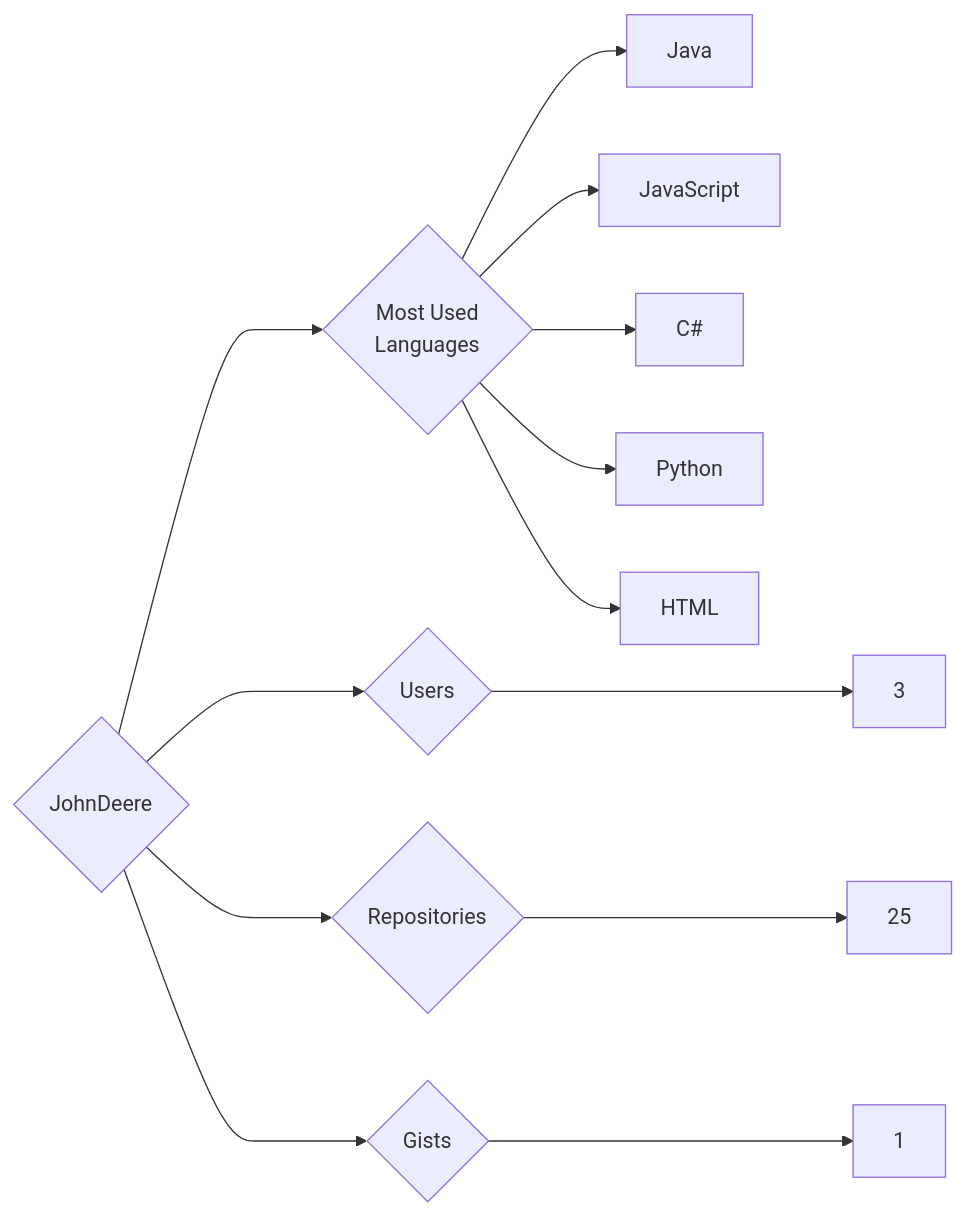
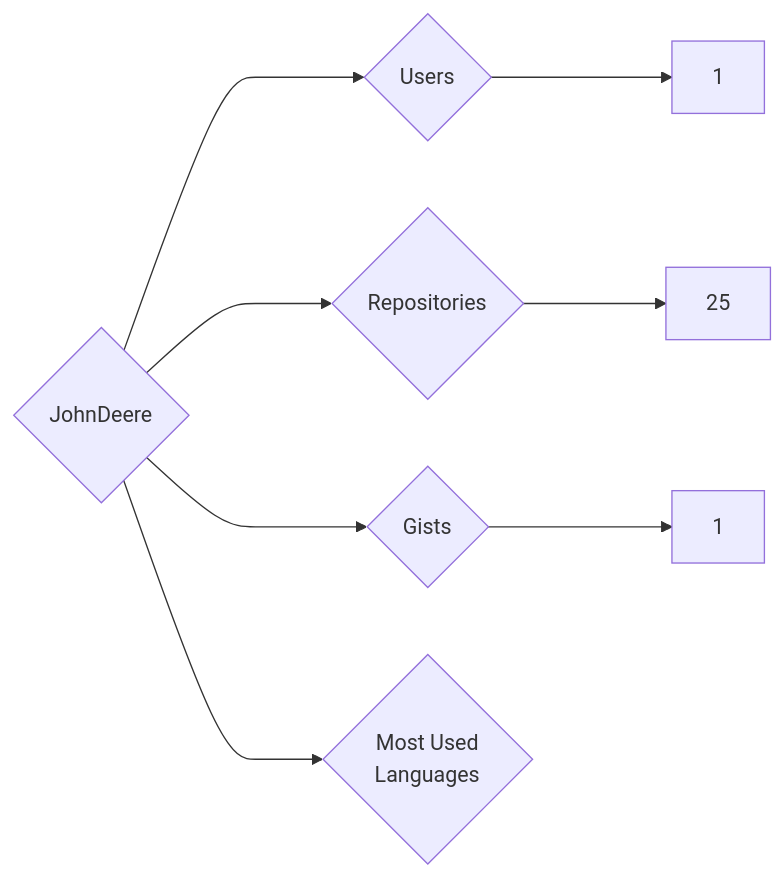
The diagram in targets/JohnDeere/README.md (trickest/insiders), drawn with Mermaid before and after one commit. The commit also changed 951 other files, not shown here.

````diff
--- a/targets/JohnDeere/README.md
+++ b/targets/JohnDeere/README.md
@@ -3,13 +3,8 @@
 ```mermaid
 graph LR
 COMPANY_NAME{JohnDeere}
-COMPANY_NAME ---> U{Users} ---> UN[3]
+COMPANY_NAME ---> U{Users} ---> UN[1]
 COMPANY_NAME ---> R{Repositories} ---> RN[25]
 COMPANY_NAME ---> G{Gists} ---> GN[1]
 COMPANY_NAME ---> ML{Most Used<br>Languages}
-ML --> Java[Java]
-ML --> JavaScript[JavaScript]
-ML --> C#[C#]
-ML --> Python[Python]
-ML --> HTML[HTML]
 ```
````
